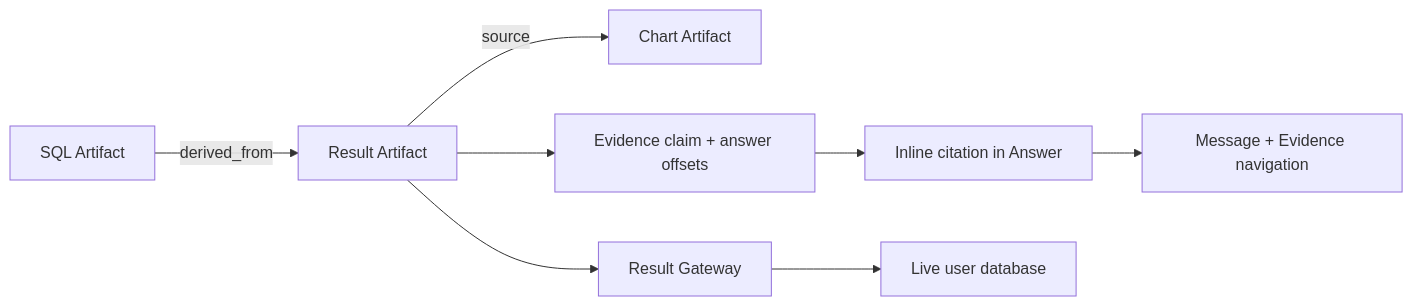
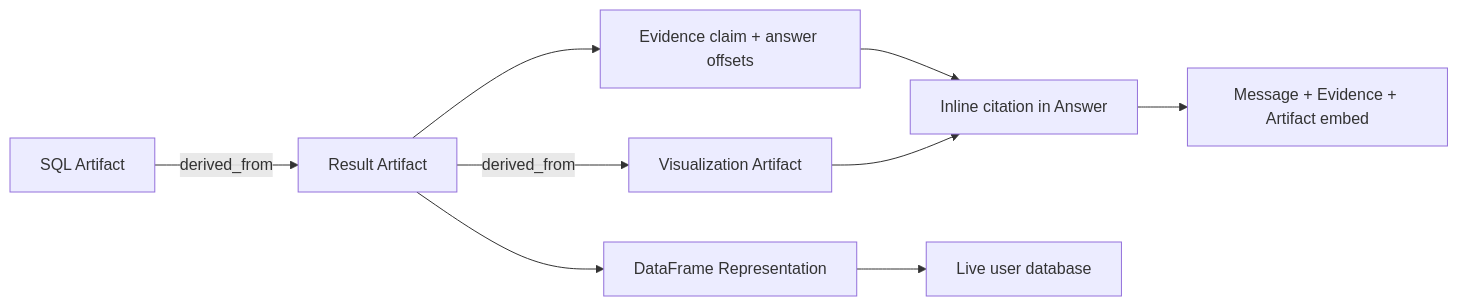
The eighth of 10 diagrams in docs/architecture/agent-runtime.md (trrueee/DBFox), drawn with Mermaid before and after one commit. The commit also changed other lines of this file and 86 other files, not shown here.

````diff
--- a/docs/architecture/agent-runtime.md
+++ b/docs/architecture/agent-runtime.md
@@ -237,10 +244,11 @@
 ```mermaid
 flowchart LR
   SQL["SQL Artifact"] -->|"derived_from"| RESULT["Result Artifact"]
-  RESULT -->|"source"| CHART["Chart Artifact"]
+  RESULT -->|"derived_from"| VIZ["Visualization Artifact"]
   RESULT --> EVIDENCE["Evidence claim + answer offsets"]
   EVIDENCE --> ANSWER["Inline citation in Answer"]
-  ANSWER --> UI["Message + Evidence navigation"]
-  RESULT --> GATEWAY["Result Gateway"]
+  ANSWER --> UI["Message + Evidence + Artifact embed"]
+  VIZ --> ANSWER
+  RESULT --> GATEWAY["DataFrame Representation"]
   GATEWAY --> DB["Live user database"]
 ```
````
